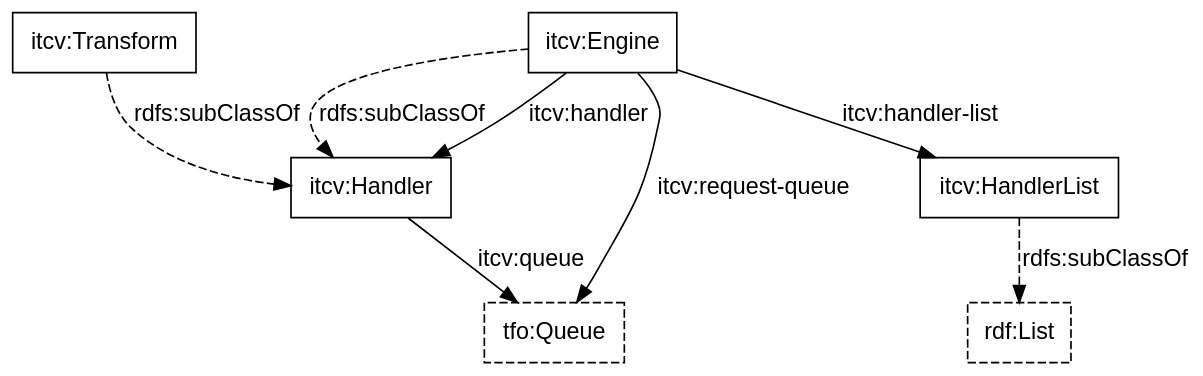
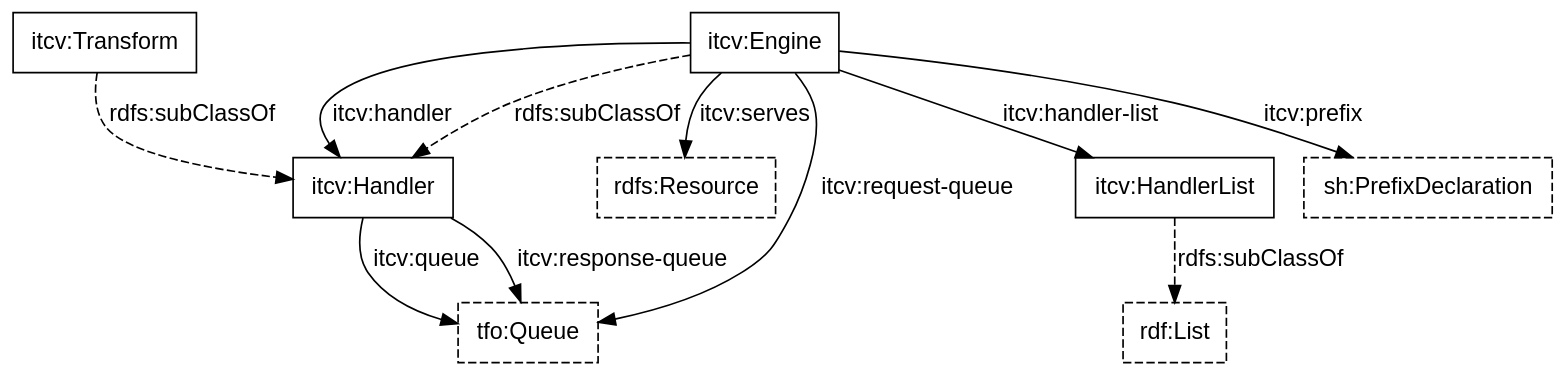
Before and after one commit to doriantaylor/owl-intertwingler-vocab: the diagram in intertwingler-classes.dot, drawn with Graphviz. The commit also changed 4 other files, not shown here.

Commit message:
added property diagram

```diff
--- a/intertwingler-classes.dot
+++ b/intertwingler-classes.dot
@@ -1,38 +1,43 @@
 digraph {
     graph [bgcolor=transparent];
     node [shape=box,color="#000000",fontcolor="#000000",fontname="Lucida Grande, Lucida Sans Unicode, sans-serif"];
     edge [color="#000000",fontcolor="#000000",fontname="Lucida Grande, Lucida Sans Unicode, sans-serif"];
 
 
     // third-party stuff
 
     subgraph {
         node [style=dashed];
+        rdfs_Resource [label="rdfs:Resource", target="_parent", href="https://www.w3.org/TR/rdf-schema/#ch_resource"];
         rdf_List [label="rdf:List", target="_parent", href="https://www.w3.org/TR/rdf-schema/#ch_list"];
+        sh_PrefixDeclaration [label="sh:PrefixDeclaration", target="_parent", href="https://www.w3.org/TR/shacl/#sparql-prefixes"];
         tfo_Queue [label="tfo:Queue", target="_parent", href="https://vocab.methodandstructure.com/transformation#Queue"];
     }
 
     // our classes
 
     itcv_Handler [label="itcv:Handler", target="_parent", href="https://vocab.methodandstructure.com/intertwingler#Handler"];
     itcv_Engine [label="itcv:Engine", target="_parent", href="https://vocab.methodandstructure.com/intertwingler#Engine"];
     itcv_Transform [label="itcv:Transform", target="_parent", href="https://vocab.methodandstructure.com/intertwingler#Transform"];
     itcv_HandlerList [label="itcv:HandlerList", target="_parent", href="https://vocab.methodandstructure.com/intertwingler#HandlerList"];
 
     // subclass relations
 
     subgraph {
         edge [style=dashed, label="rdfs:subClassOf"];
 
         itcv_Engine    -> itcv_Handler;
         itcv_Transform -> itcv_Handler;
         itcv_HandlerList -> rdf_List;
     }
 
     // main relations
 
+    itcv_Engine  -> rdfs_Resource [label="itcv:serves"];
+    itcv_Engine  -> sh_PrefixDeclaration [label="itcv:prefix"];
     itcv_Engine  -> itcv_Handler [label="itcv:handler"];
     itcv_Engine  -> itcv_HandlerList [label="itcv:handler-list"];
     itcv_Engine  -> tfo_Queue [label="itcv:request-queue"];
+    itcv_Handler -> tfo_Queue [label="itcv:response-queue"];
     itcv_Handler -> tfo_Queue [label="itcv:queue"];
 }
```
